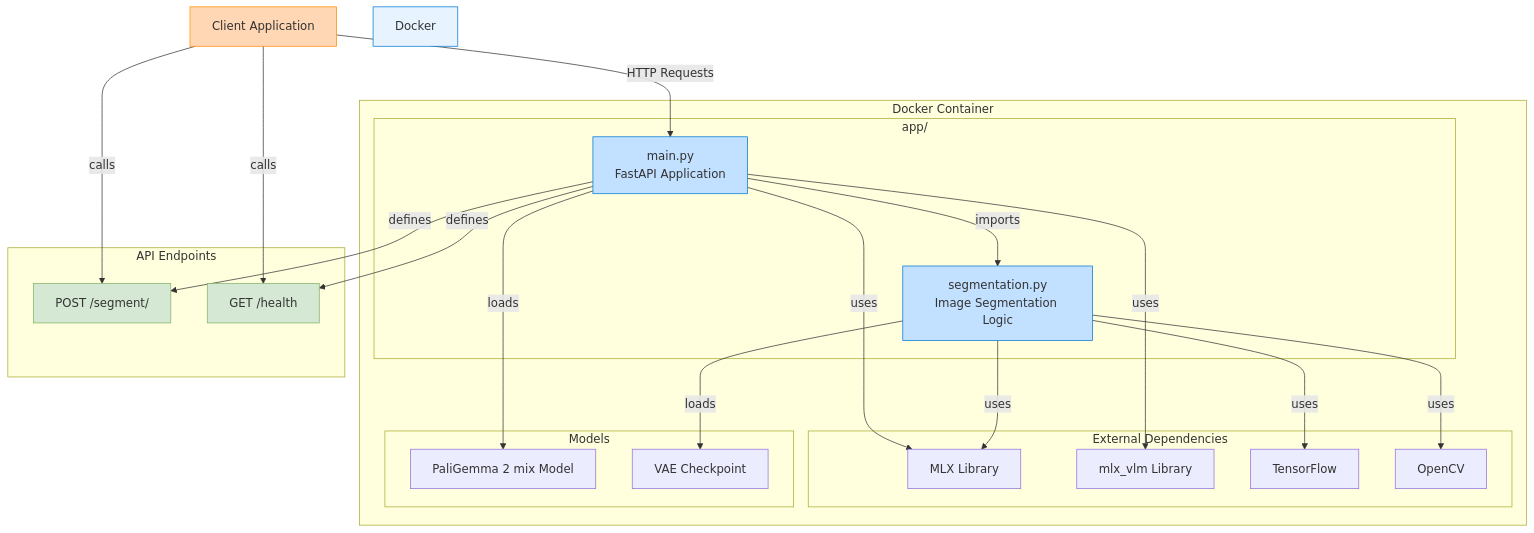
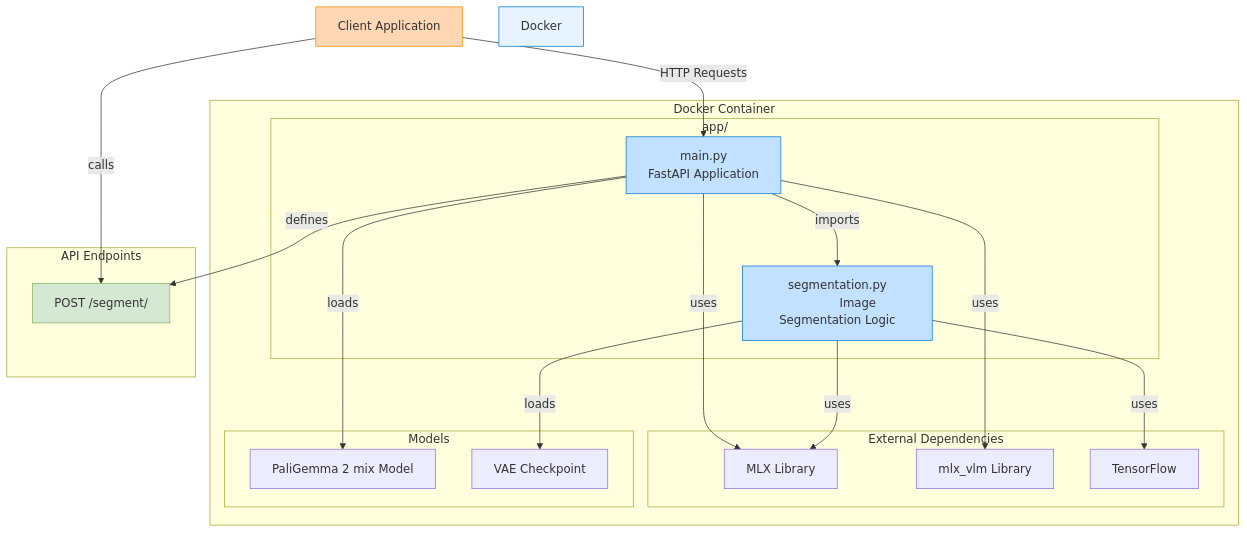
One commit to JoeJoe1313/PaliGemma-Image-Segmentation changed the second of 2 diagrams in README.md. Above: the diagram before and after it, drawn with Mermaid.

Commit message:
update architecture diagrams

````diff
--- a/README.md
+++ b/README.md
@@ -55,50 +55,46 @@
 ```mermaid
 graph TD
     subgraph "Docker Container"
         subgraph "app/"
-            main[main.py\nFastAPI Application]
-            segmentation[segmentation.py\nImage Segmentation Logic]
+            main[main.py
+            FastAPI Application]
+            segmentation[segmentation.py
+            Image Segmentation Logic]
             main -->|imports| segmentation
         end
         
         subgraph "External Dependencies"
             MLX[MLX Library]
             MLX_VLM[mlx_vlm Library]
             TF[TensorFlow]
-            CV2[OpenCV]
         end
         
         subgraph "Models"
             PaliGemma[PaliGemma 2 mix Model]
             VAE[VAE Checkpoint]
         end
         
         main -->|uses| MLX
         main -->|uses| MLX_VLM
         segmentation -->|uses| MLX
         segmentation -->|uses| TF
-        segmentation -->|uses| CV2
         
         main -->|loads| PaliGemma
         segmentation -->|loads| VAE
     end
     
     Client[Client Application] -->|HTTP Requests| main
     
     subgraph "API Endpoints"
         segment[POST /segment/]
-        health[GET /health]
     end
     
     main -->|defines| segment
-    main -->|defines| health
     Client -->|calls| segment
-    Client -->|calls| health
     
     style Docker fill:#e7f4ff,stroke:#0078d7
     style main fill:#c2e0ff,stroke:#0078d7
     style segmentation fill:#c2e0ff,stroke:#0078d7
     style Client fill:#ffd7b5,stroke:#ff8c00
     style segment fill:#d5e8d4,stroke:#82b366
-    style health fill:#d5e8d4,stroke:#82b366
 ```
````
